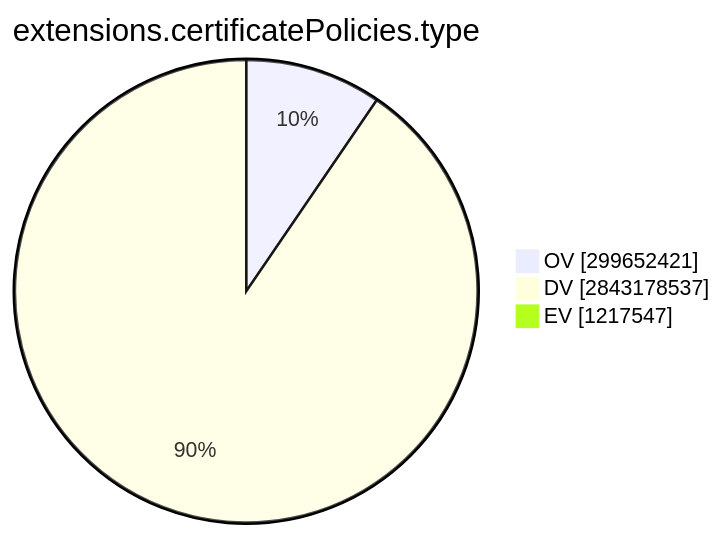
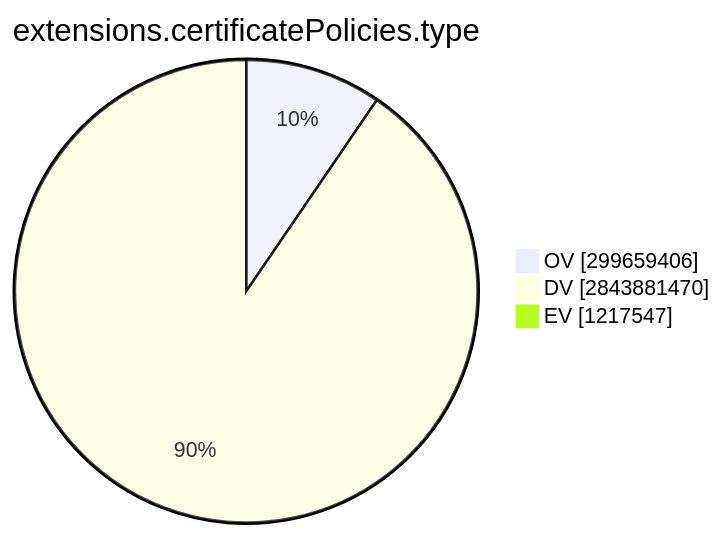
The ninth of 15 diagrams in TOTAL/README.md (christiankrug/ctmonitor_visualization), drawn with Mermaid before and after one commit. The commit also changed other lines of this file, not shown here.

````diff
--- a/TOTAL/README.md
+++ b/TOTAL/README.md
@@ -3101,7 +3101,7 @@
 ```mermaid
 pie showData
 title extensions.certificatePolicies.type
-"OV" :299652421
-"DV" :2843178537
+"OV" :299659406
+"DV" :2843881470
 "EV" :1217547
 ```
````
